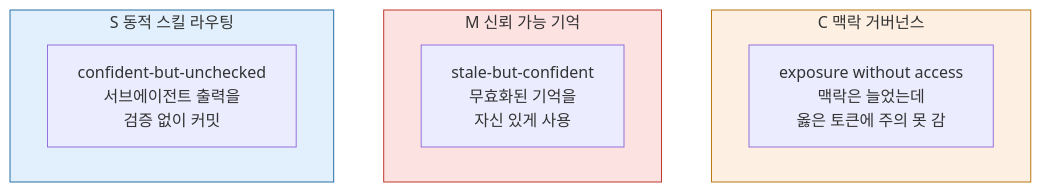
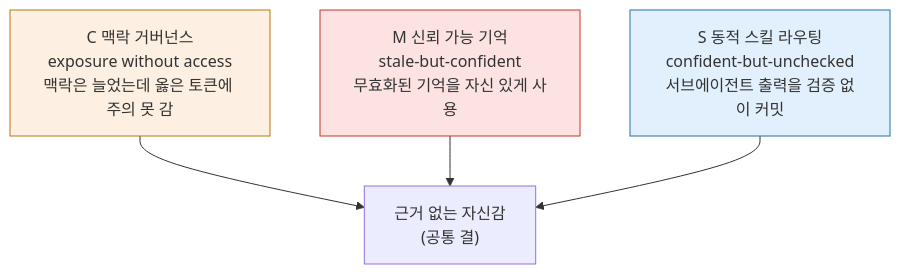
The second of 3 diagrams in _posts/2026-05-27-system-scaling-harness-architecture-six-factors.md (pheeree/pheeree.github.io), drawn with Mermaid before and after one commit. The commit also changed 10 other files, not shown here.

First line of the commit message:
fix: mermaid subgraph 규약 전면 소급 적용 (10편)

````diff
--- a/_posts/2026-05-27-system-scaling-harness-architecture-six-factors.md
+++ b/_posts/2026-05-27-system-scaling-harness-architecture-six-factors.md
@@ -72,16 +72,9 @@
 ```mermaid
 flowchart TB
-    subgraph C_bot[C 맥락 거버넌스]
-        C1[exposure without access<br/>맥락은 늘었는데<br/>옳은 토큰에 주의 못 감]
-    end
-    subgraph M_bot[M 신뢰 가능 기억]
-        M1[stale-but-confident<br/>무효화된 기억을<br/>자신 있게 사용]
-    end
-    subgraph S_bot[S 동적 스킬 라우팅]
-        S1[confident-but-unchecked<br/>서브에이전트 출력을<br/>검증 없이 커밋]
-    end
-
-    style C_bot fill:#fdf0e2,stroke:#b9770e
-    style M_bot fill:#fde2e2,stroke:#c0392b
-    style S_bot fill:#e2f0fd,stroke:#2471a3
+    C1["C 맥락 거버넌스<br/>exposure without access<br/>맥락은 늘었는데 옳은 토큰에 주의 못 감"] --> Z["근거 없는 자신감<br/>(공통 결)"]
+    M1["M 신뢰 가능 기억<br/>stale-but-confident<br/>무효화된 기억을 자신 있게 사용"] --> Z
+    S1["S 동적 스킬 라우팅<br/>confident-but-unchecked<br/>서브에이전트 출력을 검증 없이 커밋"] --> Z
+    style C1 fill:#fdf0e2,stroke:#b9770e
+    style M1 fill:#fde2e2,stroke:#c0392b
+    style S1 fill:#e2f0fd,stroke:#2471a3
 ```
````
